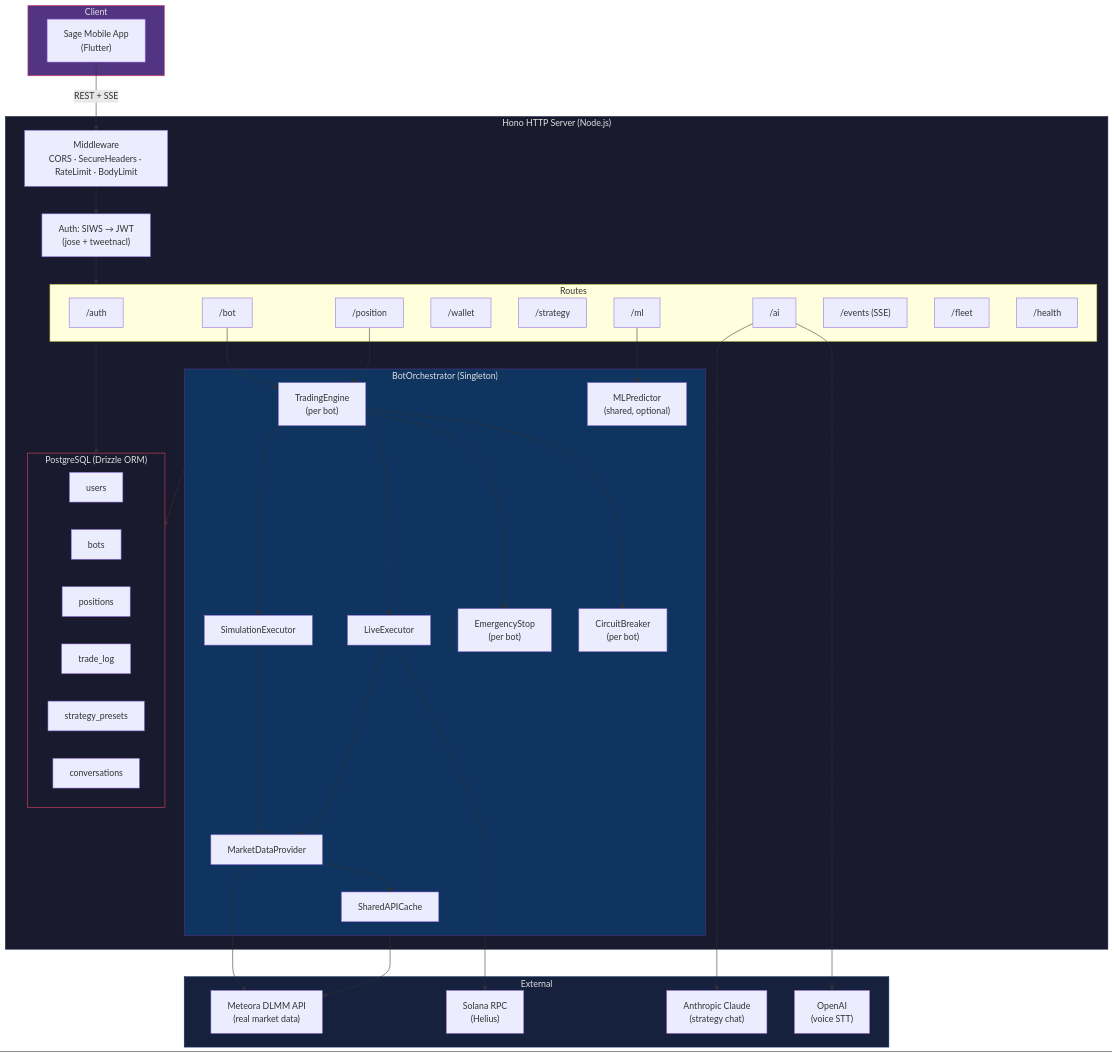
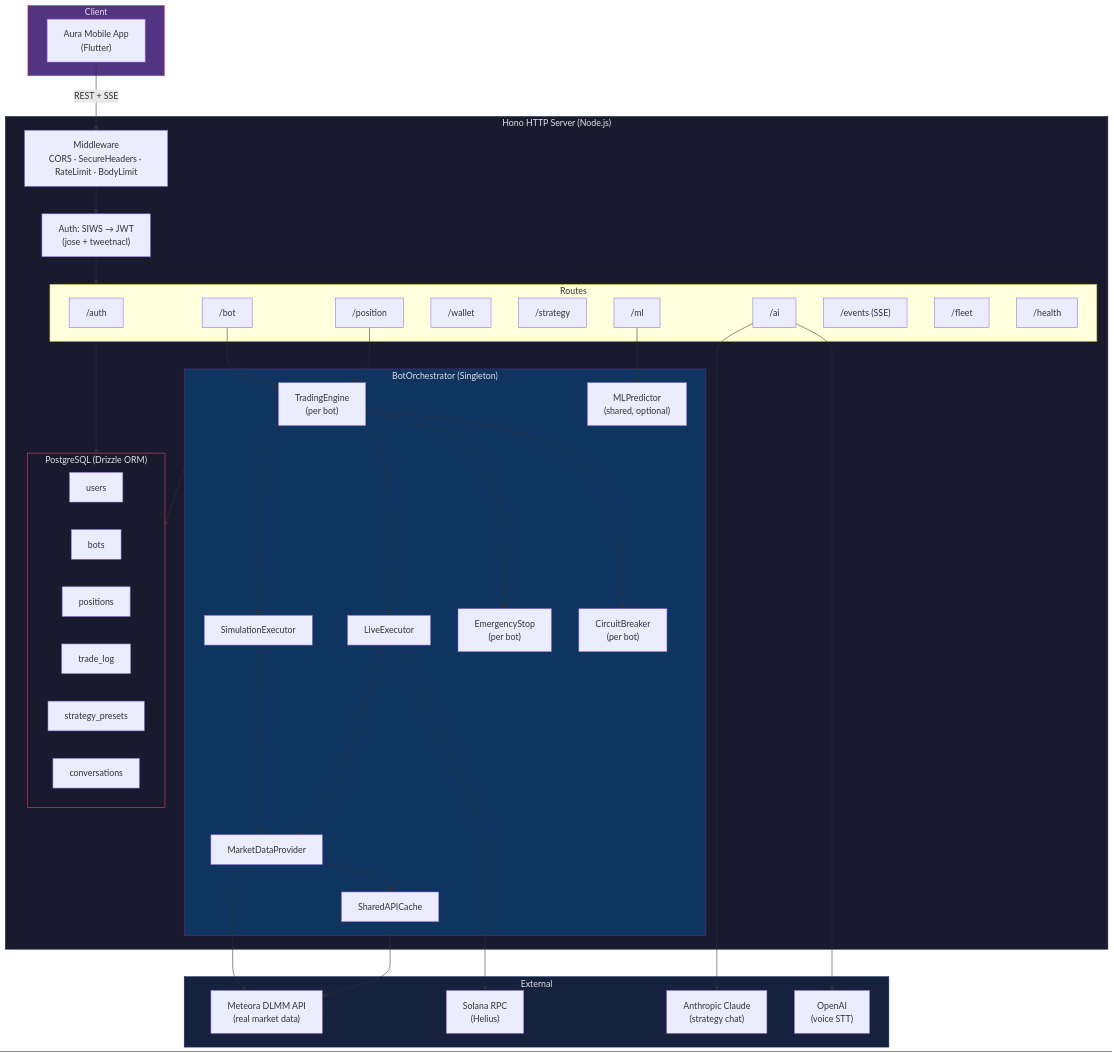
One commit to Immadominion/Sage-the-backend changed the diagram in README.md. Above: the diagram before and after it, drawn with Mermaid. The commit also changed other lines of this file and 29 other files, not shown here.

````diff
--- a/README.md
+++ b/README.md
@@ -13,77 +13,77 @@
 ```mermaid
 graph TB
     subgraph Client
-        APP["Sage Mobile App<br/>(Flutter)"]
+        APP["Aura Mobile App<br/>(Flutter)"]
     end
 
     subgraph Server["Hono HTTP Server (Node.js)"]
         MW["Middleware<br/>CORS · SecureHeaders · RateLimit · BodyLimit"]
         AUTH["Auth: SIWS → JWT<br/>(jose + tweetnacl)"]
 
         subgraph Routes
             R1["/auth"]
             R2["/bot"]
             R3["/position"]
             R4["/wallet"]
             R5["/strategy"]
             R6["/ml"]
             R7["/ai"]
             R8["/events (SSE)"]
             R9["/fleet"]
             R10["/health"]
         end
 
         subgraph Engine["BotOrchestrator (Singleton)"]
             TE["TradingEngine<br/>(per bot)"]
             SE["SimulationExecutor"]
             LE["LiveExecutor"]
             ES["EmergencyStop<br/>(per bot)"]
             CB["CircuitBreaker<br/>(per bot)"]
             MD["MarketDataProvider"]
             SC["SharedAPICache"]
             ML["MLPredictor<br/>(shared, optional)"]
         end
 
         subgraph Data["PostgreSQL (Drizzle ORM)"]
             T1["users"]
             T2["bots"]
             T3["positions"]
             T4["trade_log"]
             T5["strategy_presets"]
             T6["conversations"]
         end
     end
 
     subgraph External
         METEORA["Meteora DLMM API<br/>(real market data)"]
         SOLANA["Solana RPC<br/>(Helius)"]
         CLAUDE["Anthropic Claude<br/>(strategy chat)"]
         OPENAI["OpenAI<br/>(voice STT)"]
     end
 
     APP -->|"REST + SSE"| MW
     MW --> AUTH
     AUTH --> Routes
 
     R2 & R3 --> TE
     TE --> SE & LE
     TE --> ES & CB
     SE & LE --> MD
     MD --> SC
 
     R6 --> ML
     R7 --> CLAUDE & OPENAI
 
     Engine --> Data
     Routes --> Data
 
     MD --> METEORA
     LE --> SOLANA
     SC --> METEORA
 
     style Server fill:#1a1a2e,stroke:#16213e,color:#e0e0e0
     style Engine fill:#0f3460,stroke:#533483,color:#e0e0e0
     style Data fill:#1a1a2e,stroke:#e94560,color:#e0e0e0
     style Client fill:#533483,stroke:#e94560,color:#e0e0e0
     style External fill:#16213e,stroke:#0f3460,color:#e0e0e0
 ```
````
